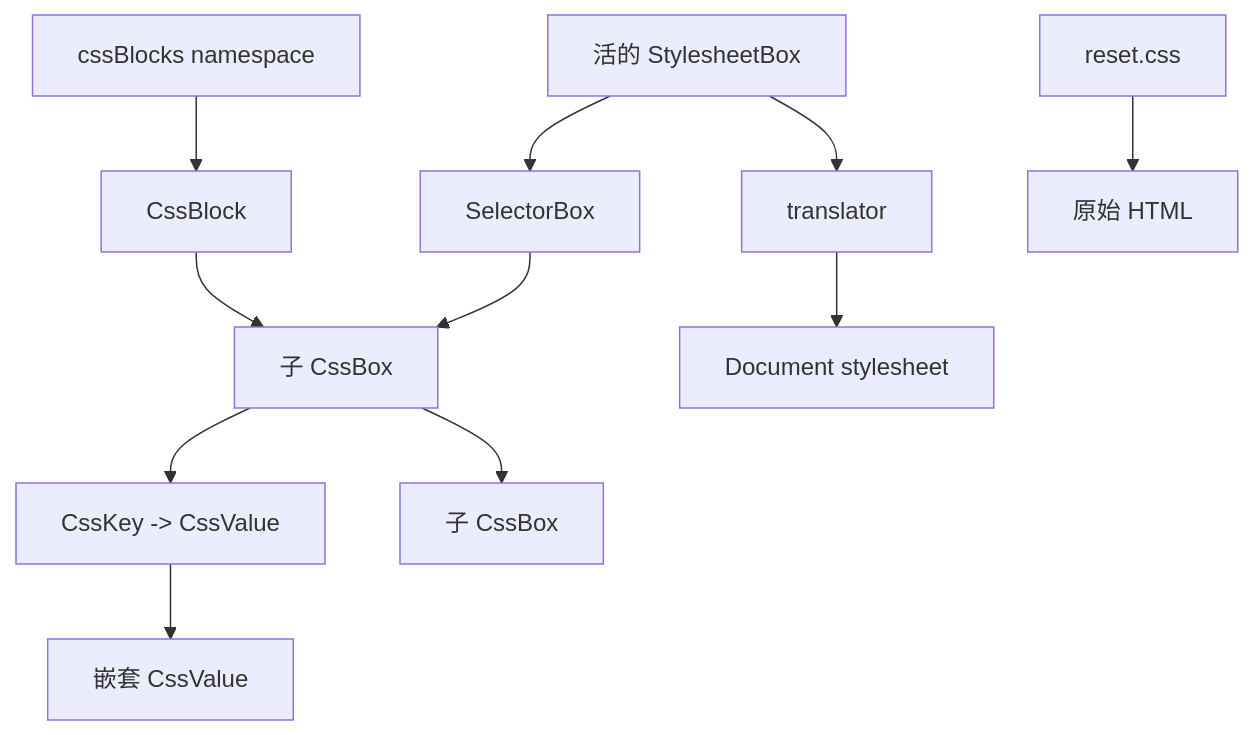
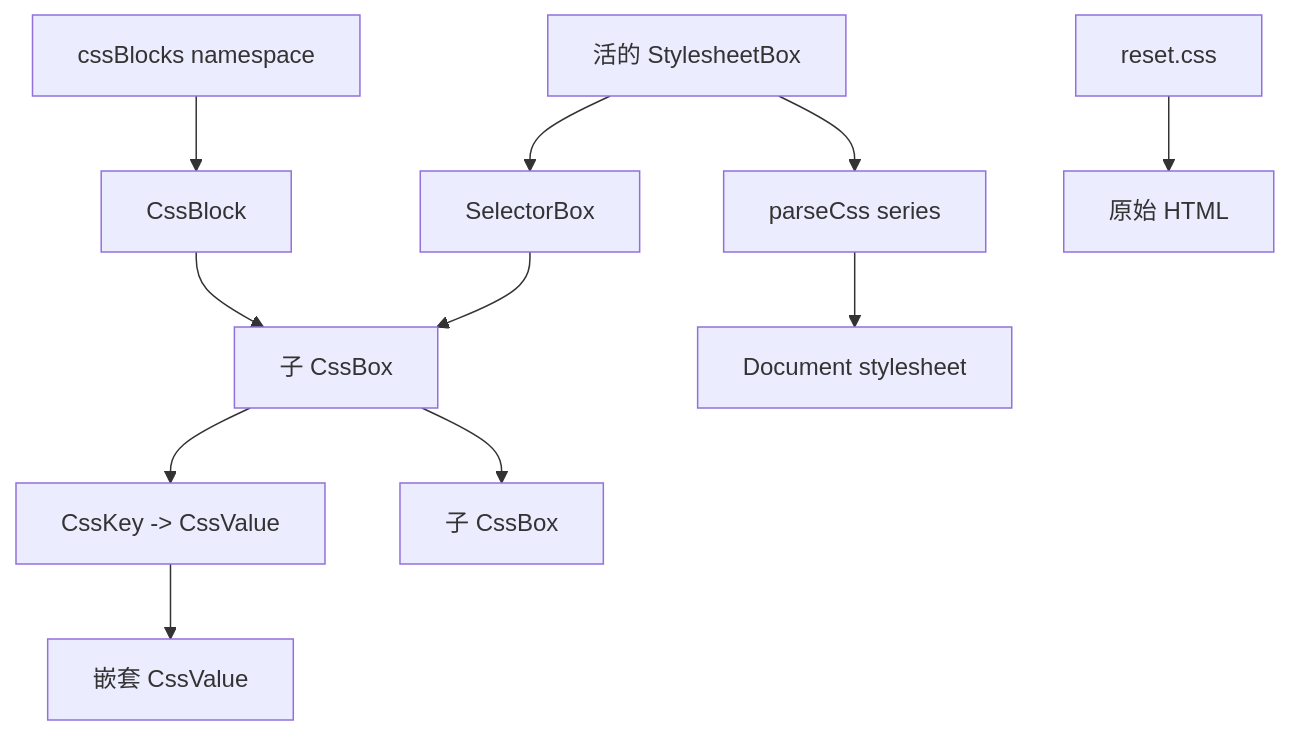
Before and after one commit to edsolater/uikit: the diagram in docs/plans/JSS样式系统.md, drawn with Mermaid. The commit also changed other lines of this file and 21 other files, not shown here.

````diff
--- a/docs/plans/JSS样式系统.md
+++ b/docs/plans/JSS样式系统.md
@@ -41,16 +41,16 @@
 ```mermaid
 flowchart TD
   root[活的 StylesheetBox] --> selector[SelectorBox]
   selector --> outer[子 CssBox]
   outer --> pair[CssKey -> CssValue]
   outer --> child[子 CssBox]
   pair --> nested[嵌套 CssValue]
 
   namespace[cssBlocks namespace] --> reusable[CssBlock]
   reusable --> outer
 
-  root --> translator[translator]
-  translator --> document[Document stylesheet]
+  root --> parser[parseCss series]
+  parser --> document[Document stylesheet]
 
   reset[reset.css] --> html[原始 HTML]
 ```
````
